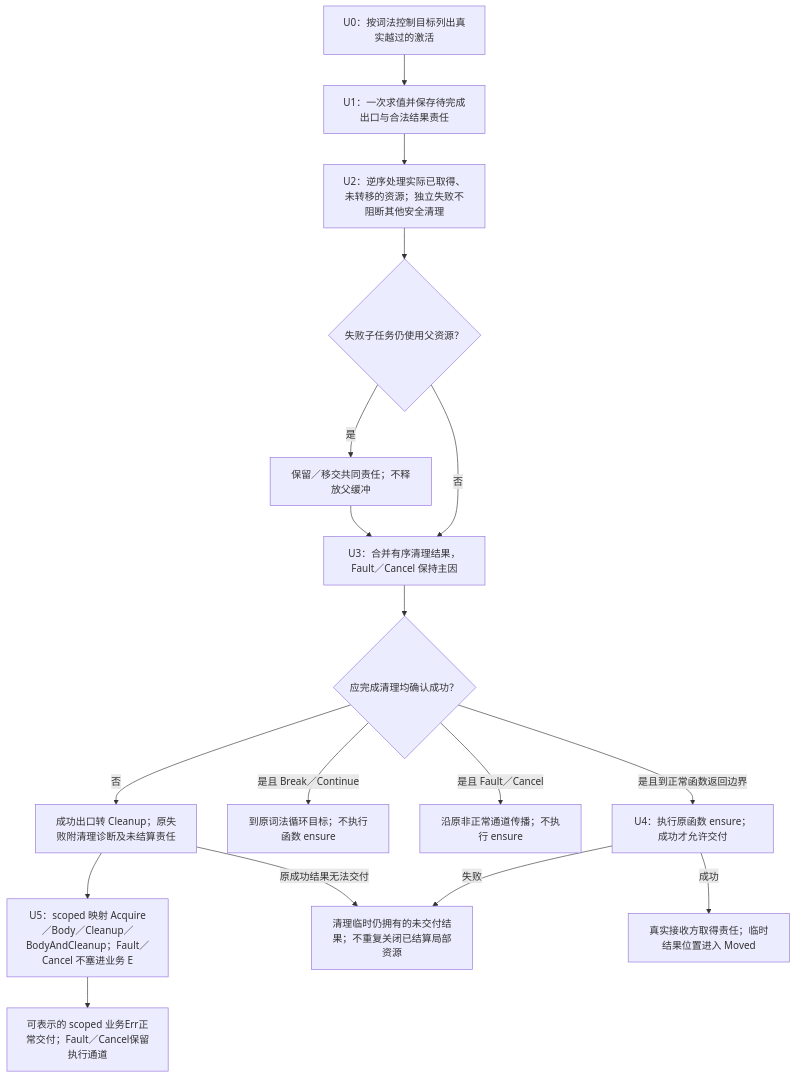
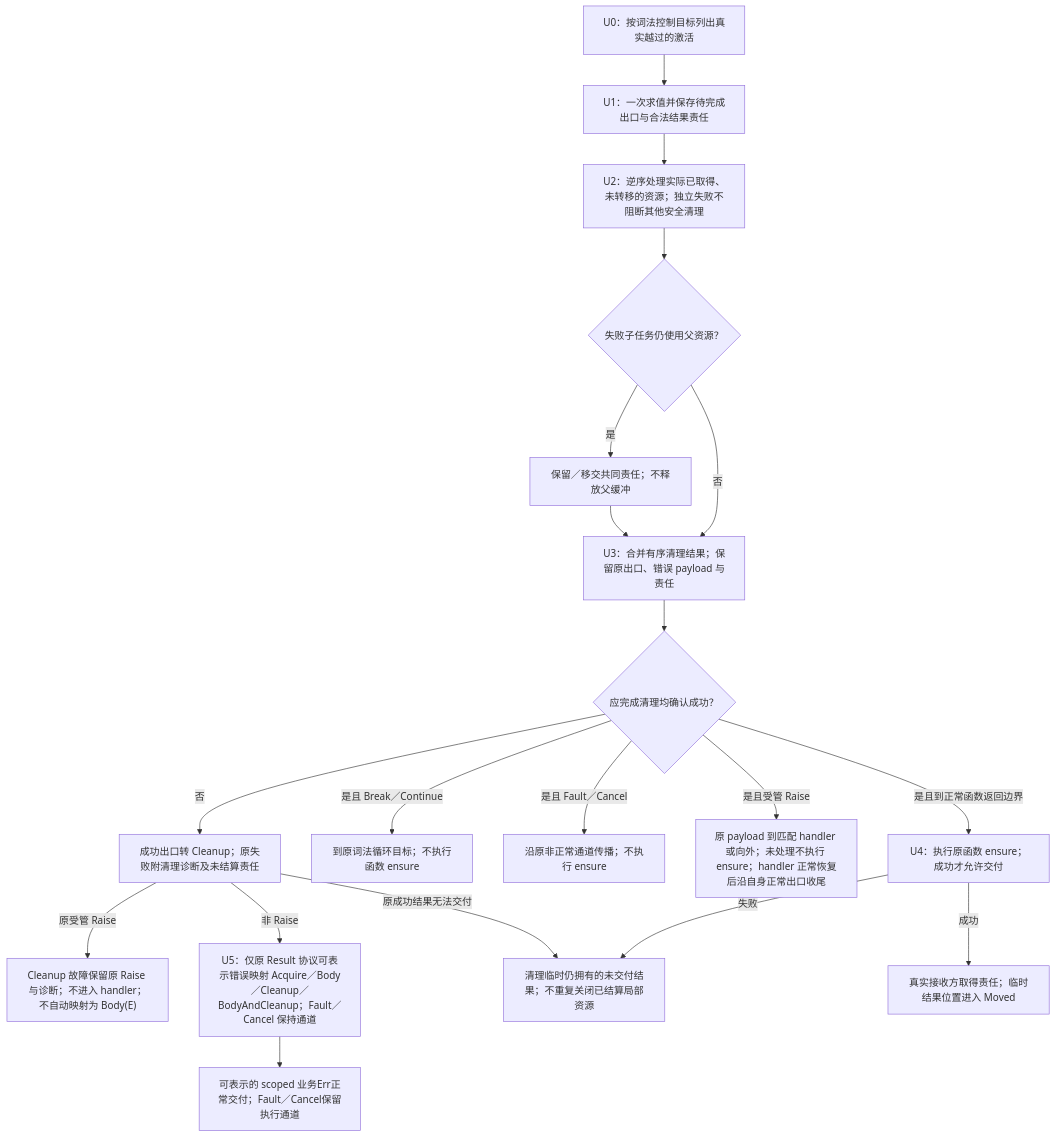
The fifth of 5 diagrams in docs/领域/对象与控制/控制流与存储寿命.md (sec-platform/sec), drawn with Mermaid before and after one commit. The commit also changed other lines of this file and 88 other files, not shown here.

````diff
--- a/docs/领域/对象与控制/控制流与存储寿命.md
+++ b/docs/领域/对象与控制/控制流与存储寿命.md
@@ -260,19 +283,21 @@
 ```mermaid
 flowchart TB
   target["U0：按词法控制目标列出真实越过的激活"] --> saved["U1：一次求值并保存待完成出口与合法结果责任"]
   saved --> cleanup["U2：逆序处理实际已取得、未转移的资源；独立失败不阻断其他安全清理"]
   cleanup --> dependent{"失败子任务仍使用父资源？"}
   dependent -->|是| hold["保留／移交共同责任；不释放父缓冲"]
-  dependent -->|否| merge["U3：合并有序清理结果，Fault／Cancel 保持主因"]
+  dependent -->|否| merge["U3：合并有序清理结果；保留原出口、错误 payload 与责任"]
   hold --> merge
   merge --> success{"应完成清理均确认成功？"}
   success -->|是且到正常函数返回边界| ensure["U4：执行原函数 ensure；成功才允许交付"]
   success -->|是且 Break／Continue| loop["到原词法循环目标；不执行函数 ensure"]
   success -->|是且 Fault／Cancel| propagate["沿原非正常通道传播；不执行 ensure"]
+  success -->|是且受管 Raise| handled["原 payload 到匹配 handler 或向外；未处理不执行 ensure；handler 正常恢复后沿自身正常出口收尾"]
   success -->|否| failure["成功出口转 Cleanup；原失败附清理诊断及未结算责任"]
-  failure --> scope["U5：scoped 映射 Acquire／Body／Cleanup／BodyAndCleanup；Fault／Cancel 不塞进业务 E"]
+  failure -->|原受管 Raise| raiseCleanup["Cleanup 故障保留原 Raise 与诊断；不进入 handler；不自动映射为 Body(E)"]
+  failure -->|非 Raise| scope["U5：仅原 Result 协议可表示错误映射 Acquire／Body／Cleanup／BodyAndCleanup；Fault／Cancel 保持通道"]
   ensure -->|失败| discard["清理临时仍拥有的未交付结果；不重复关闭已结算局部资源"]
   ensure -->|成功| delivered["真实接收方取得责任；临时结果位置进入 Moved"]
   scope --> mapped["可表示的 scoped 业务Err正常交付；Fault／Cancel保留执行通道"]
   failure -->|原成功结果无法交付| discard
 ```
````
